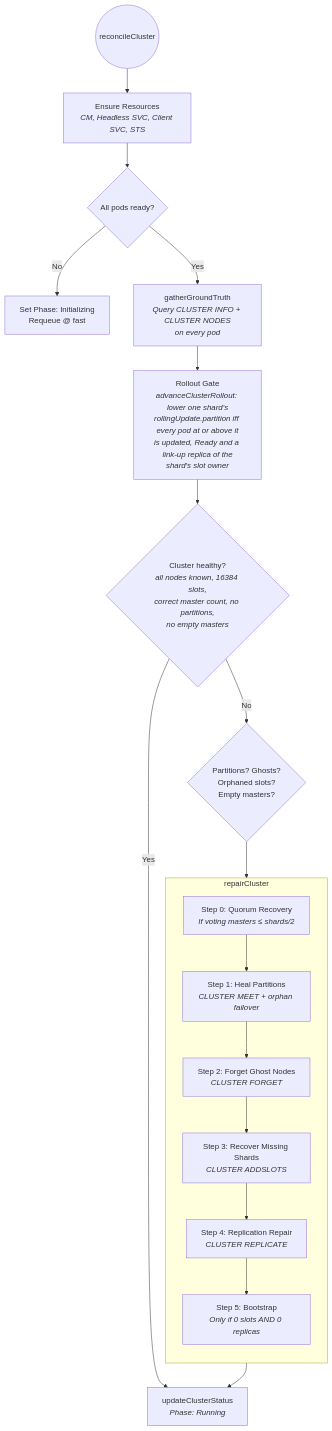
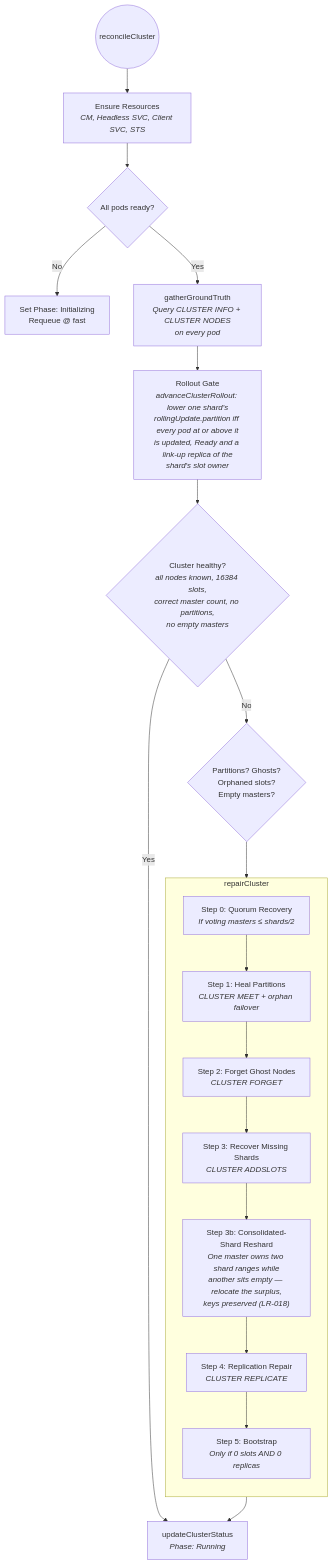
One commit to littlered-operator/littlered changed the first of 4 diagrams in docs/RECONCILIATION_LOOP_CLUSTER.md. Above: the diagram before and after it, drawn with Mermaid. The commit also changed other lines of this file and 10 other files, not shown here.

````diff
--- a/docs/RECONCILIATION_LOOP_CLUSTER.md
+++ b/docs/RECONCILIATION_LOOP_CLUSTER.md
@@ -25,32 +25,34 @@
 ```mermaid
 graph TD
     Start((reconcileCluster)) --> Resources["Ensure Resources<br/><i>CM, Headless SVC, Client SVC, STS</i>"]
     Resources --> STSReady{All pods ready?}
 
     STSReady -- No --> WaitPods["Set Phase: Initializing<br/>Requeue @ fast"]
     STSReady -- Yes --> GatherGT["gatherGroundTruth<br/><i>Query CLUSTER INFO + CLUSTER NODES<br/>on every pod</i>"]
 
     GatherGT --> RolloutGate["Rollout Gate<br/><i>advanceClusterRollout: lower one shard's<br/>rollingUpdate.partition iff every pod at or above it<br/>is updated, Ready and a link-up replica of the<br/>shard's slot owner</i>"]
     RolloutGate --> HealthCheck{"Cluster healthy?<br/><i>all nodes known, 16384 slots,<br/>correct master count, no partitions,<br/>no empty masters</i>"}
 
     HealthCheck -- Yes --> UpdateStatus["updateClusterStatus<br/><i>Phase: Running</i>"]
     HealthCheck -- No --> NeedsRepair{"Partitions? Ghosts?<br/>Orphaned slots?<br/>Empty masters?"}
     NeedsRepair --> RepairLoop
 
     subgraph RepairLoop ["repairCluster"]
         direction TB
         Step0["Step 0: Quorum Recovery<br/><i>If voting masters ≤ shards/2</i>"]
         Step0 --> Step1
         Step1["Step 1: Heal Partitions<br/><i>CLUSTER MEET + orphan failover</i>"]
         Step1 --> Step2
         Step2["Step 2: Forget Ghost Nodes<br/><i>CLUSTER FORGET</i>"]
         Step2 --> Step3
         Step3["Step 3: Recover Missing Shards<br/><i>CLUSTER ADDSLOTS</i>"]
-        Step3 --> Step4
+        Step3 --> Step3b
+        Step3b["Step 3b: Consolidated-Shard Reshard<br/><i>One master owns two shard ranges while<br/>another sits empty — relocate the surplus,<br/>keys preserved (LR-018)</i>"]
+        Step3b --> Step4
         Step4["Step 4: Replication Repair<br/><i>CLUSTER REPLICATE</i>"]
         Step4 --> Step5
         Step5["Step 5: Bootstrap<br/><i>Only if 0 slots AND 0 replicas</i>"]
     end
 
     RepairLoop --> UpdateStatus
 ```
````
